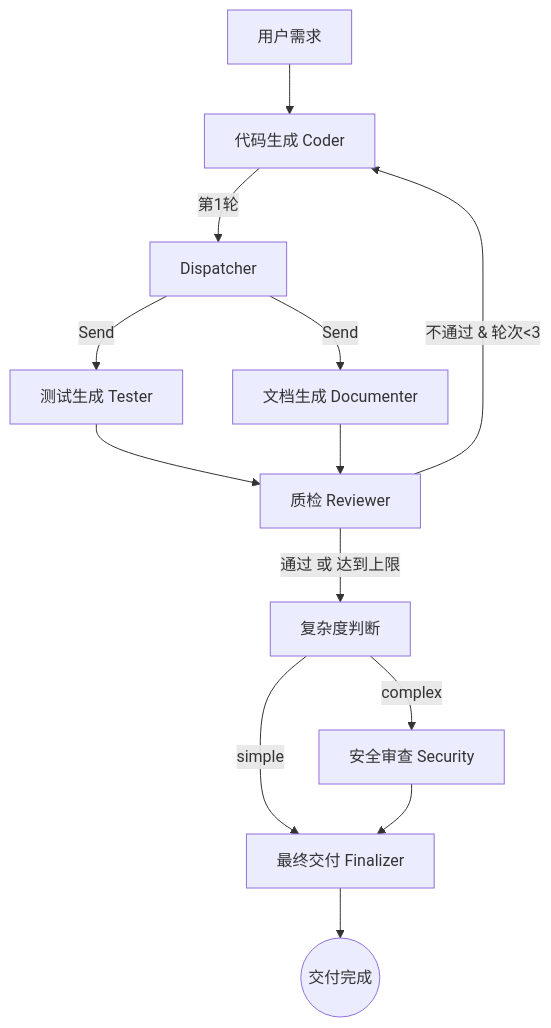
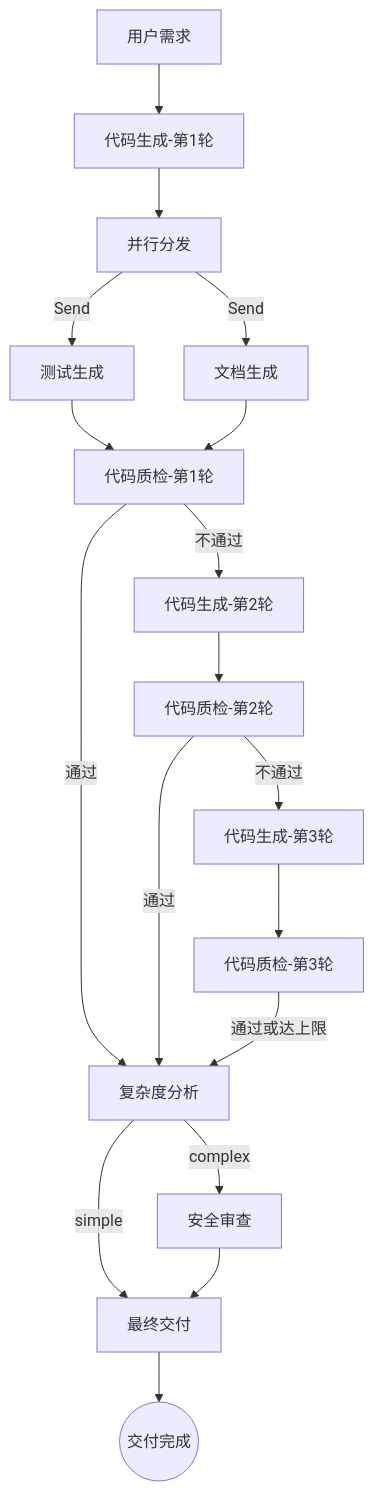
The first of 2 diagrams in README.md (aeolusyansheng19810626/multi-agent), drawn with Mermaid before and after one commit. The commit also changed other lines of this file and 7 other files, not shown here.

````diff
--- a/README.md
+++ b/README.md
@@ -53,15 +35,20 @@
 ```mermaid
 graph TD
-    Req[用户需求] --> Coder[代码生成 Coder]
-    Coder -->|第1轮| Dispatcher[Dispatcher]
-    Dispatcher -->|Send| Tester[测试生成 Tester]
-    Dispatcher -->|Send| Documenter[文档生成 Documenter]
-    Tester --> Reviewer[质检 Reviewer]
-    Documenter --> Reviewer
-    Reviewer -->|不通过 & 轮次<3| Coder
-    Reviewer -->|通过 或 达到上限| Complexity[复杂度判断]
-    Complexity -->|complex| Security[安全审查 Security]
-    Complexity -->|simple| Finalizer[最终交付 Finalizer]
+    Req[用户需求] --> Coder1[代码生成-第1轮]
+    Coder1 --> Dispatcher[并行分发]
+    Dispatcher -->|Send| Tester[测试生成]
+    Dispatcher -->|Send| Documenter[文档生成]
+    Tester --> Reviewer1[代码质检-第1轮]
+    Documenter --> Reviewer1
+    Reviewer1 -->|不通过| Coder2[代码生成-第2轮]
+    Coder2 --> Reviewer2[代码质检-第2轮]
+    Reviewer2 -->|不通过| Coder3[代码生成-第3轮]
+    Coder3 --> Reviewer3[代码质检-第3轮]
+    Reviewer1 -->|通过| Complexity[复杂度分析]
+    Reviewer2 -->|通过| Complexity
+    Reviewer3 -->|通过或达上限| Complexity
+    Complexity -->|complex| Security[安全审查]
+    Complexity -->|simple| Finalizer[最终交付]
     Security --> Finalizer
     Finalizer --> End((交付完成))
 ```
````
